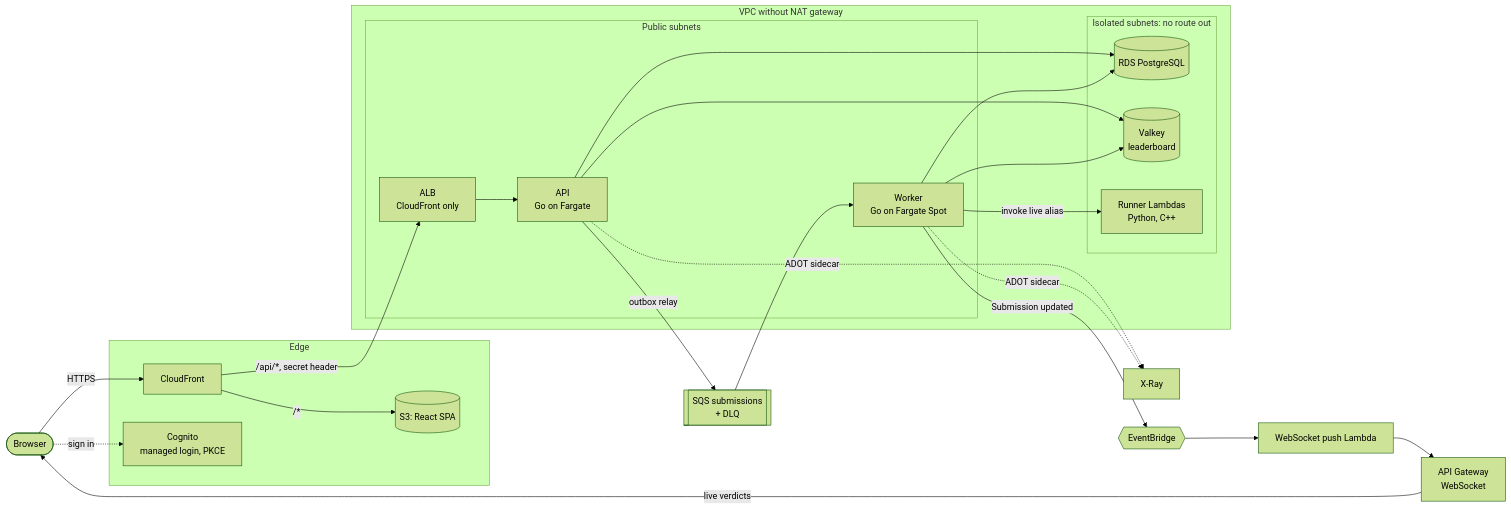
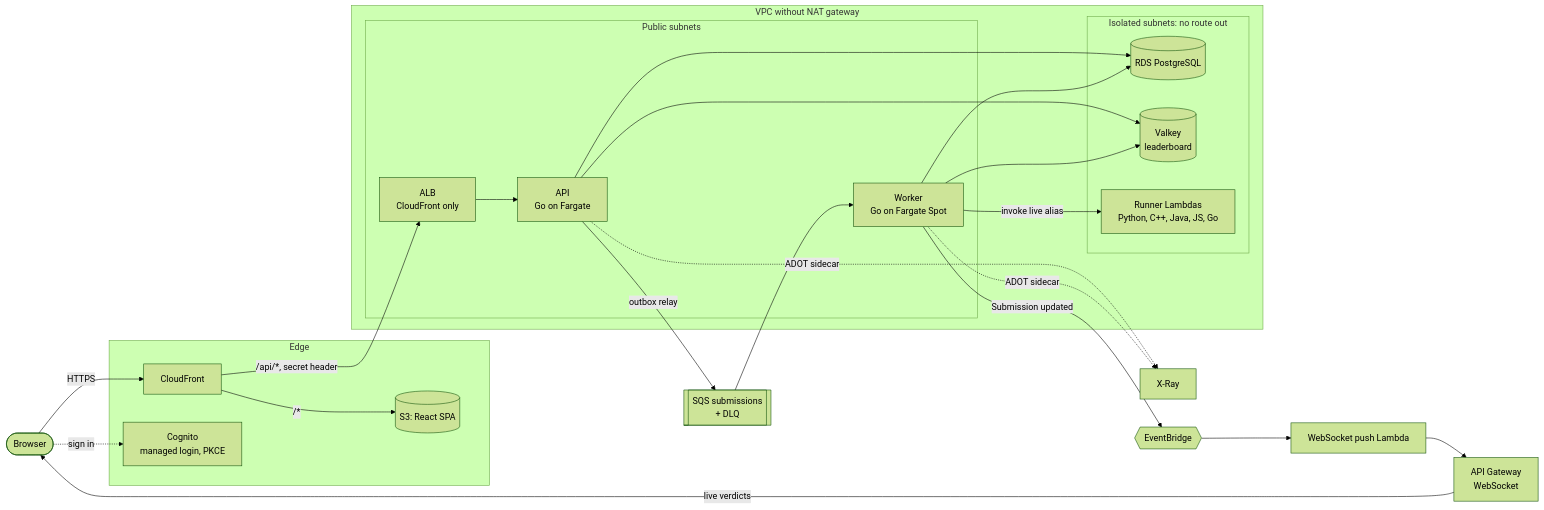
The first of 5 diagrams in README.md (retek44/CodeArena), drawn with Mermaid (forest theme) before and after one commit. The commit also changed other lines of this file and 112 other files, not shown here.

````diff
--- a/README.md
+++ b/README.md
@@ -46,43 +50,43 @@
 ```mermaid
 flowchart LR
   user([Browser])
 
   subgraph edge[Edge]
     cf[CloudFront]
     s3[(S3: React SPA)]
     cognito[Cognito<br/>managed login, PKCE]
   end
 
   subgraph vpc[VPC without NAT gateway]
     subgraph public[Public subnets]
       alb[ALB<br/>CloudFront only]
       api[API<br/>Go on Fargate]
       worker[Worker<br/>Go on Fargate Spot]
     end
     subgraph isolated[Isolated subnets: no route out]
       rds[(RDS PostgreSQL)]
       valkey[(Valkey<br/>leaderboard)]
-      runners[Runner Lambdas<br/>Python, C++]
+      runners[Runner Lambdas<br/>Python, C++, Java, JS, Go]
     end
   end
 
   sqs[[SQS submissions<br/>+ DLQ]]
   bus{{EventBridge}}
   push[WebSocket push Lambda]
   apigw[API Gateway<br/>WebSocket]
   xray[X-Ray]
 
   user -->|HTTPS| cf
   cf -->|/*| s3
   cf -->|/api/*, secret header| alb --> api
   user -. sign in .-> cognito
   api --> rds
   api --> valkey
   api -->|outbox relay| sqs --> worker
   worker -->|invoke live alias| runners
   worker --> rds
   worker --> valkey
   worker -->|Submission updated| bus --> push --> apigw -->|live verdicts| user
   api -. ADOT sidecar .-> xray
   worker -. ADOT sidecar .-> xray
 ```
````
